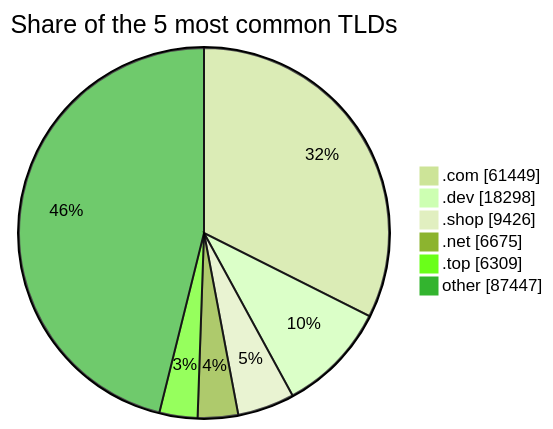
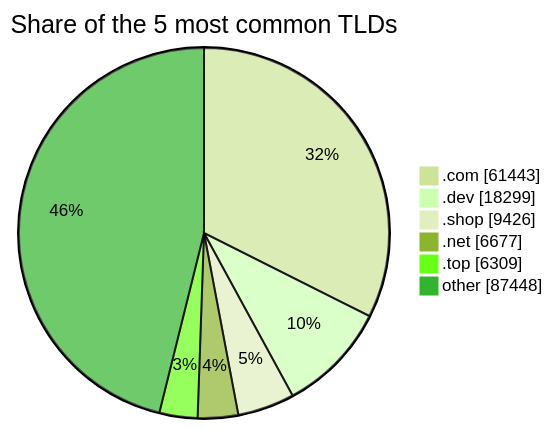
Before and after one commit to DNSBunker/CTI: the third of 3 diagrams in README.md, drawn with Mermaid (forest theme). The commit also changed other lines of this file and 3 other files, not shown here.

````diff
--- a/README.md
+++ b/README.md
@@ -81,9 +81,9 @@
 ```mermaid
 pie showData title Share of the 5 most common TLDs
-    ".com" : 61449
-    ".dev" : 18298
+    ".com" : 61443
+    ".dev" : 18299
     ".shop" : 9426
-    ".net" : 6675
+    ".net" : 6677
     ".top" : 6309
-    "other" : 87447
+    "other" : 87448
 ```
````
